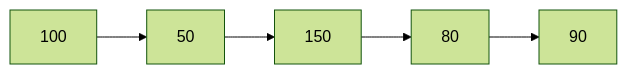
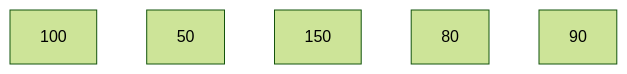
One commit to Moku3956/tech-blog changed the third of 22 diagrams in articles/5d46e9e4608404.md. Above: the diagram before and after it, drawn with Mermaid (forest theme). The commit also changed other lines of this file, not shown here.

Commit message:
配列の図から矢印を削除(リンクリストと誤解されるため)

````diff
--- a/articles/5d46e9e4608404.md
+++ b/articles/5d46e9e4608404.md
@@ -55,4 +55,4 @@
 ```mermaid
 graph LR
-    A["100"] --> B["50"] --> C["150"] --> D["80"] --> E["90"]
+    A["100"] ~~~ B["50"] ~~~ C["150"] ~~~ D["80"] ~~~ E["90"]
 ```
````
